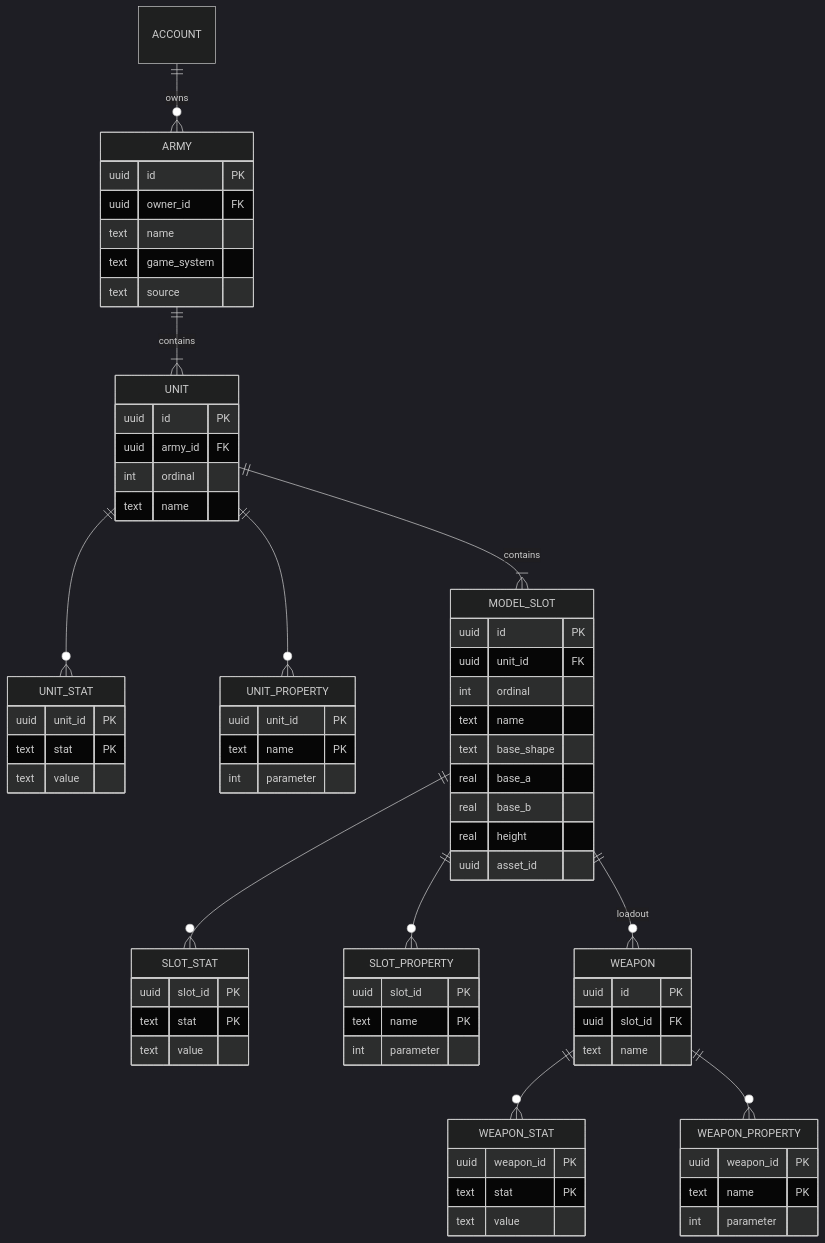
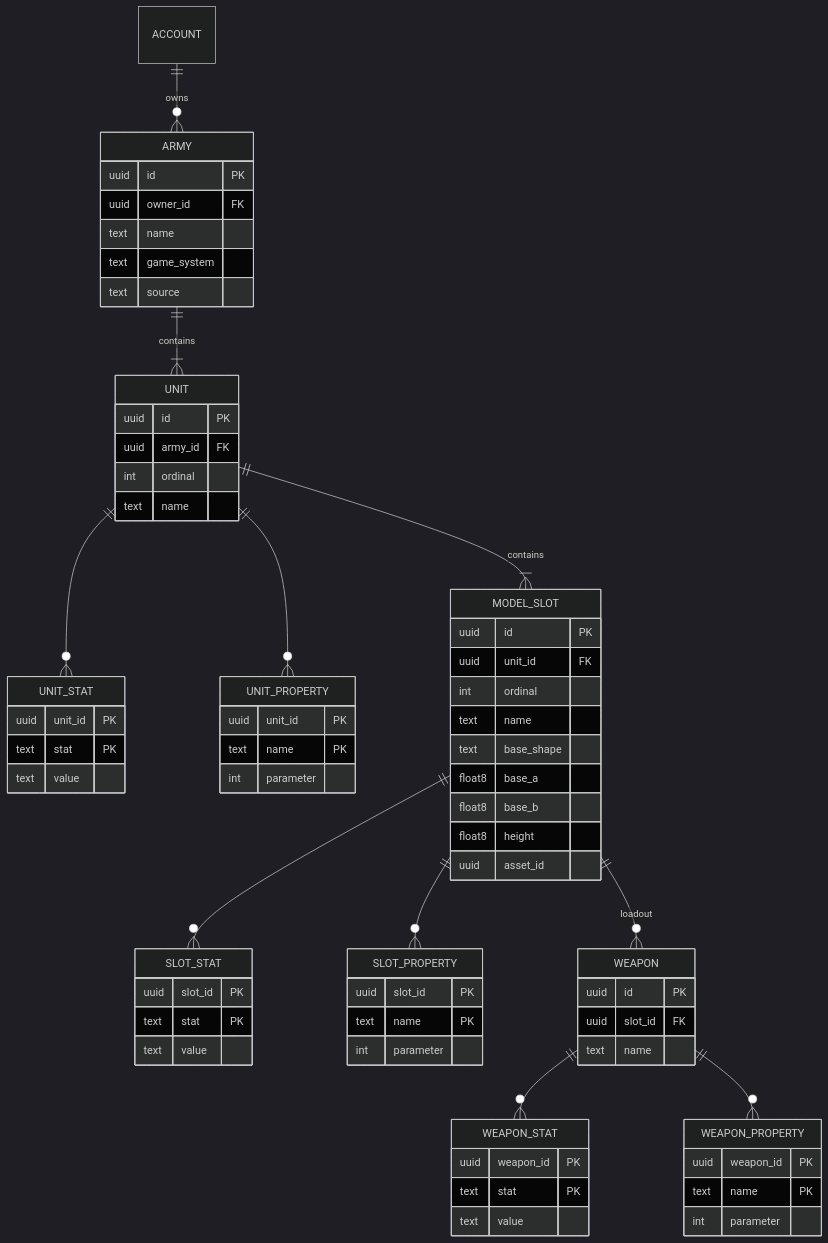
Diagram 11 of 12 in docs/design/management-api/design.md (cstupi/tabletop), drawn with Mermaid (dark theme) before and after one commit. The commit also changed other lines of this file and 13 other files, not shown here.

Commit message:
Rule on the schema before step 2: shape column, double precision, FK indexes, search path

````diff
--- a/docs/design/management-api/design.md
+++ b/docs/design/management-api/design.md
@@ -1229,73 +1229,73 @@
 ```mermaid
 erDiagram
     ACCOUNT ||--o{ ARMY : owns
     ARMY ||--|{ UNIT : contains
     UNIT ||--o{ UNIT_STAT : ""
     UNIT ||--o{ UNIT_PROPERTY : ""
     UNIT ||--|{ MODEL_SLOT : contains
     MODEL_SLOT ||--o{ SLOT_STAT : ""
     MODEL_SLOT ||--o{ SLOT_PROPERTY : ""
     MODEL_SLOT ||--o{ WEAPON : loadout
     WEAPON ||--o{ WEAPON_STAT : ""
     WEAPON ||--o{ WEAPON_PROPERTY : ""
 
     ARMY {
         uuid id PK
         uuid owner_id FK
         text name
         text game_system
         text source
     }
     UNIT {
         uuid id PK
         uuid army_id FK
         int ordinal
         text name
     }
     UNIT_STAT {
         uuid unit_id PK
         text stat PK
         text value
     }
     UNIT_PROPERTY {
         uuid unit_id PK
         text name PK
         int parameter
     }
     MODEL_SLOT {
         uuid id PK
         uuid unit_id FK
         int ordinal
         text name
         text base_shape
-        real base_a
-        real base_b
-        real height
+        float8 base_a
+        float8 base_b
+        float8 height
         uuid asset_id
     }
     SLOT_STAT {
         uuid slot_id PK
         text stat PK
         text value
     }
     SLOT_PROPERTY {
         uuid slot_id PK
         text name PK
         int parameter
     }
     WEAPON {
         uuid id PK
         uuid slot_id FK
         text name
     }
     WEAPON_STAT {
         uuid weapon_id PK
         text stat PK
         text value
     }
     WEAPON_PROPERTY {
         uuid weapon_id PK
         text name PK
         int parameter
     }
 ```
````
